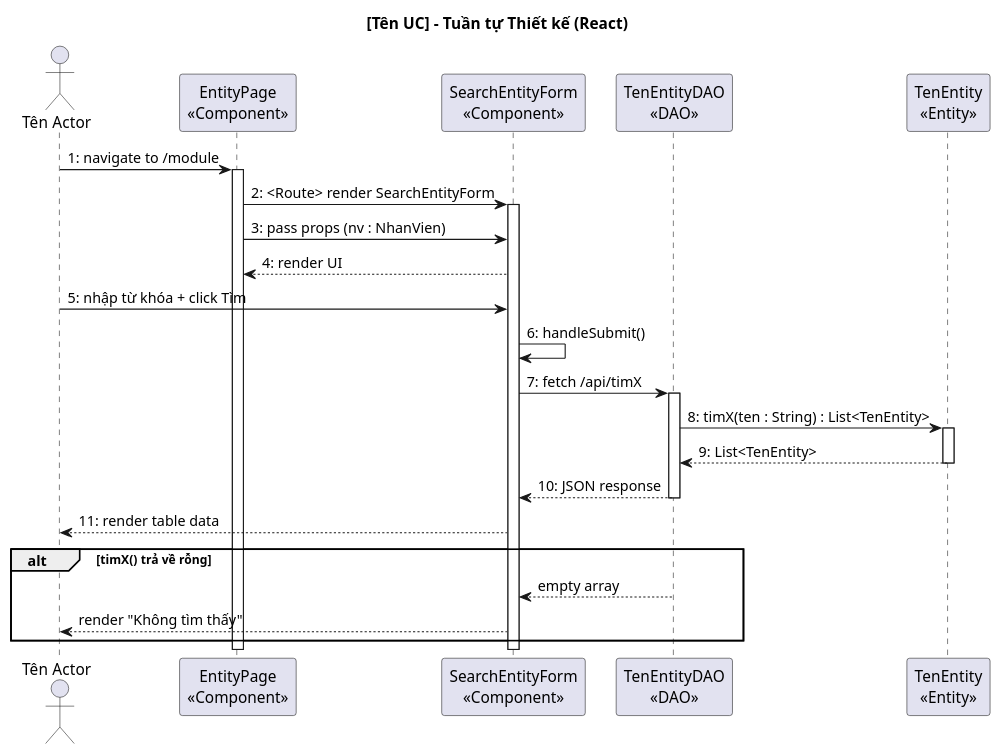
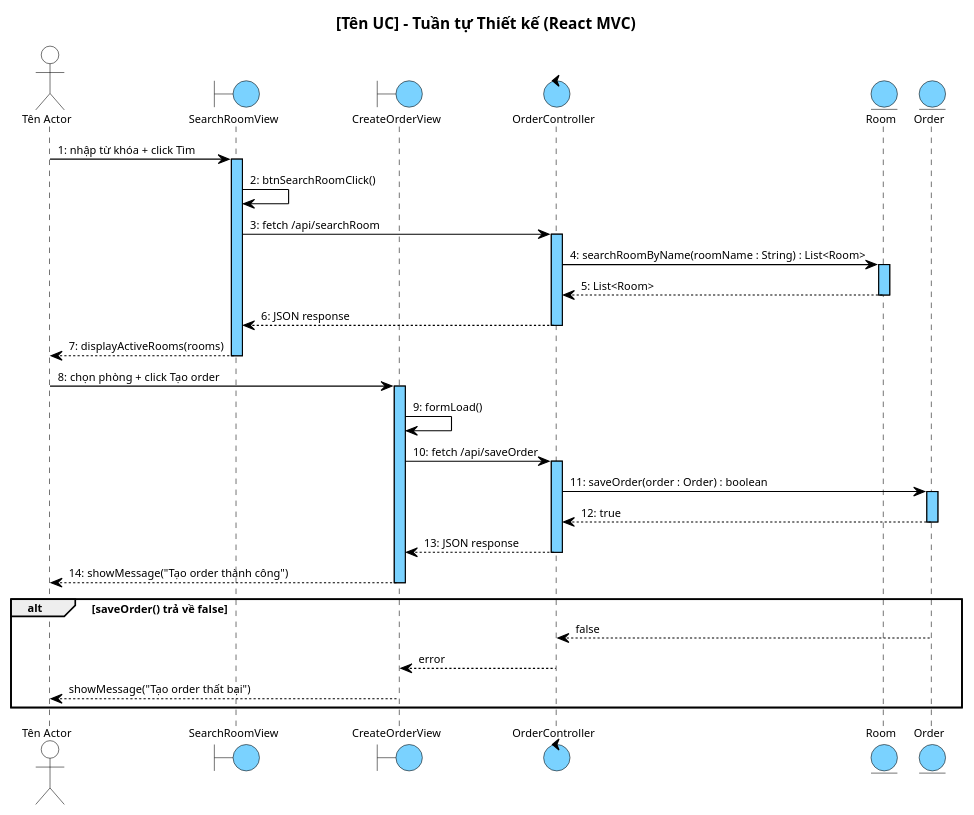
Before and after one commit to thanhtrnnn/cnpm: the second of 2 diagrams in .claude/skills/cnpm/references/iii.4_tuantu_thietke.md, drawn with PlantUML. The commit also changed other lines of this file and 12 other files, not shown here.

First line of the commit message:
feat: React MVC naming conventions + PlantUML theme Arial + UC rules

````diff
--- a/.claude/skills/cnpm/references/iii.4_tuantu_thietke.md
+++ b/.claude/skills/cnpm/references/iii.4_tuantu_thietke.md
@@ -91,34 +94,97 @@
 ```plantuml
 @startuml
-title [Tên UC] – Tuần tự Thiết kế (React)
+' --- Layout & Spacing Skinparams ---
+skinparam shadowing false
+skinparam SequenceMessageAlign left
+
+skinparam SequenceLifeLineBackgroundColor #7AD2FF
+skinparam SequenceLifeLineBorderColor #000000
+
+<style>
+sequenceDiagram {
+  Shadowing 0
+  RoundCorner 0
+  FontName "Arial"
+  FontSize 10
+  FontColor #000000
+
+  participant {
+    BackgroundColor #7AD2FF
+    LineColor #000000
+    LineThickness 1
+  }
+
+  actor {
+    BackgroundColor transparent
+    LineColor #000000
+  }
+  boundary {
+    BackgroundColor #7AD2FF
+    LineColor #000000
+  }
+  control {
+    BackgroundColor #7AD2FF
+    LineColor #000000
+  }
+  entity {
+    BackgroundColor #7AD2FF
+    LineColor #000000
+  }
+
+  lifeline {
+    LineColor #000000
+    LineStyle 5-5
+  }
+
+  arrow {
+    LineColor #000000
+    LineThickness 1
+    FontSize 10
+  }
+}
+</style>
+
+title [Tên UC] – Tuần tự Thiết kế (React MVC)
 
 actor "Tên Actor" as Actor
-participant "EntityPage\n<<Component>>" as B0
-participant "SearchEntityForm\n<<Component>>" as B1
-participant "TenEntityDAO\n<<DAO>>" as DAO
-participant "TenEntity\n<<Entity>>" as E
+boundary SearchRoomView
+boundary CreateOrderView
+control OrderController
+entity Room
+entity Order
 
-Actor -> B0 : 1: navigate to /module
-activate B0
-B0 -> B1 : 2: <Route> render SearchEntityForm
-activate B1
-B0 -> B1 : 3: pass props (nv : NhanVien)
-B1 --> B0 : 4: render UI
-Actor -> B1 : 5: nhập từ khóa + click Tìm
-B1 -> B1 : 6: handleSubmit()
-B1 -> DAO : 7: fetch /api/timX
-activate DAO
-DAO -> E : 8: timX(ten : String) : List<TenEntity>
-activate E
-E --> DAO : 9: List<TenEntity>
-deactivate E
-DAO --> B1 : 10: JSON response
-deactivate DAO
-B1 --> Actor : 11: render table data
+Actor -> SearchRoomView : 1: nhập từ khóa + click Tìm
+activate SearchRoomView
+SearchRoomView -> SearchRoomView : 2: btnSearchRoomClick()
+SearchRoomView -> OrderController : 3: fetch /api/searchRoom
+activate OrderController
+OrderController -> Room : 4: searchRoomByName(roomName : String) : List<Room>
+activate Room
+Room --> OrderController : 5: List<Room>
+deactivate Room
+OrderController --> SearchRoomView : 6: JSON response
+deactivate OrderController
+SearchRoomView --> Actor : 7: displayActiveRooms(rooms)
+deactivate SearchRoomView
 
-alt timX() trả về rỗng
-  DAO --> B1 : empty array
-  B1 --> Actor : render "Không tìm thấy"
+Actor -> CreateOrderView : 8: chọn phòng + click Tạo order
+activate CreateOrderView
+CreateOrderView -> CreateOrderView : 9: formLoad()
+CreateOrderView -> OrderController : 10: fetch /api/saveOrder
+activate OrderController
+OrderController -> Order : 11: saveOrder(order : Order) : boolean
+activate Order
+Order --> OrderController : 12: true
+deactivate Order
+OrderController --> CreateOrderView : 13: JSON response
+deactivate OrderController
+CreateOrderView --> Actor : 14: showMessage("Tạo order thành công")
+deactivate CreateOrderView
+
+alt saveOrder() trả về false
+  Order --> OrderController : false
+  OrderController --> CreateOrderView : error
+  CreateOrderView --> Actor : showMessage("Tạo order thất bại")
 end
 @enduml
 ```
````
